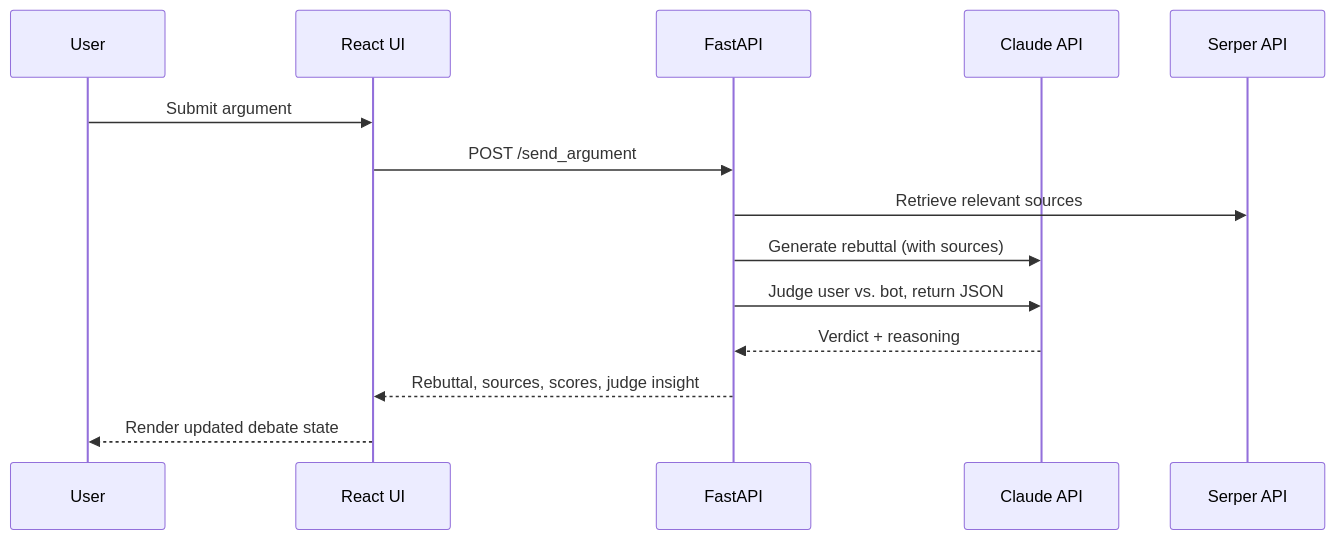
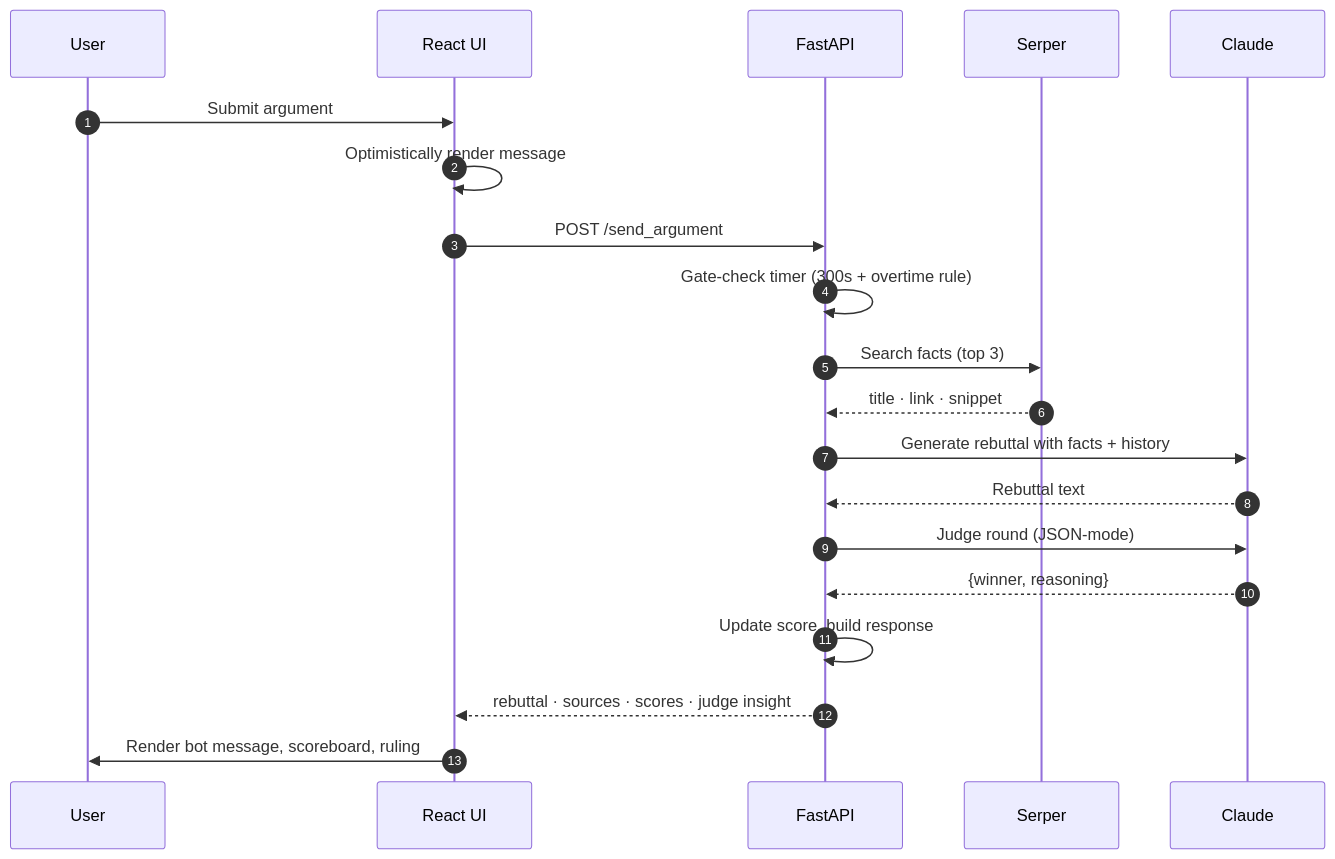
Before and after one commit to saltnpepper12/Sir-Interruptsalot: the second of 2 diagrams in README.md, drawn with Mermaid. The commit also changed other lines of this file, not shown here.

````diff
--- a/README.md
+++ b/README.md
@@ -42,16 +84,23 @@
 ```mermaid
 sequenceDiagram
+    autonumber
     participant User
     participant UI as React UI
     participant API as FastAPI
-    participant Claude as Claude API
-    participant Serper as Serper API
+    participant Serper
+    participant Claude
+
     User->>UI: Submit argument
+    UI->>UI: Optimistically render message
     UI->>API: POST /send_argument
-    API->>Serper: Retrieve relevant sources
-    API->>Claude: Generate rebuttal (with sources)
-    API->>Claude: Judge user vs. bot, return JSON
-    Claude-->>API: Verdict + reasoning
-    API-->>UI: Rebuttal, sources, scores, judge insight
-    UI-->>User: Render updated debate state
+    API->>API: Gate-check timer (300s + overtime rule)
+    API->>Serper: Search facts (top 3)
+    Serper-->>API: title · link · snippet
+    API->>Claude: Generate rebuttal with facts + history
+    Claude-->>API: Rebuttal text
+    API->>Claude: Judge round (JSON-mode)
+    Claude-->>API: {winner, reasoning}
+    API->>API: Update score, build response
+    API-->>UI: rebuttal · sources · scores · judge insight
+    UI->>User: Render bot message, scoreboard, ruling
 ```
````
